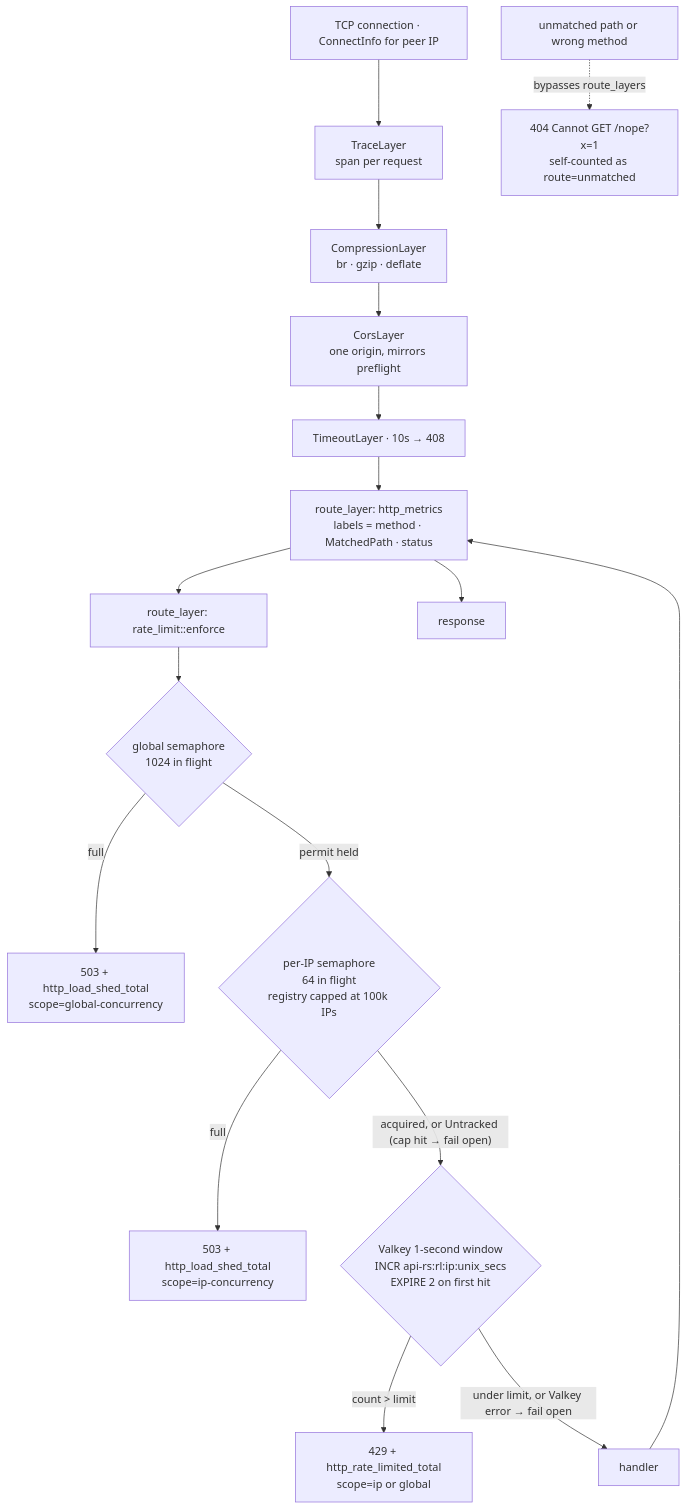
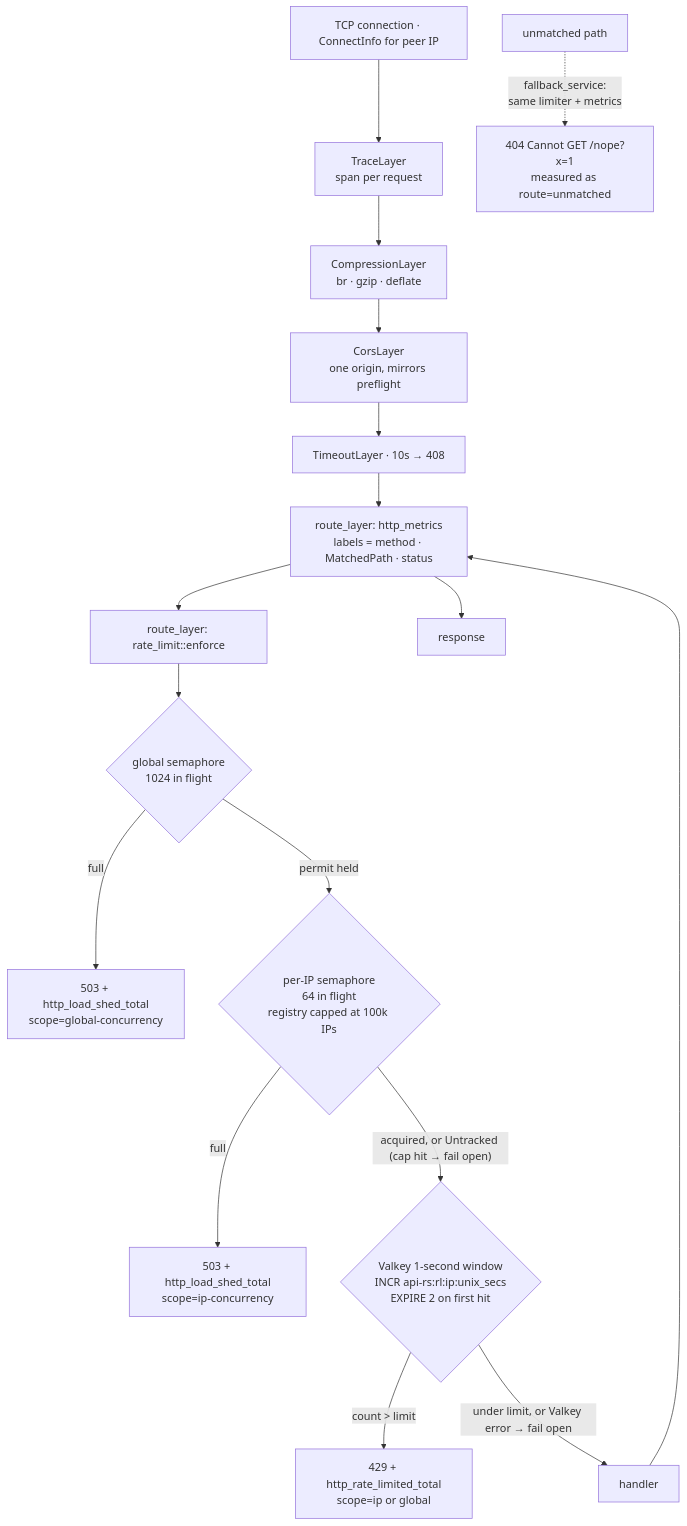
One commit to yamid-granda/react-native-and-web changed the fourth of 6 diagrams in api-rs/ARCHITECTURE.md. Above: the diagram before and after it, drawn with Mermaid. The commit also changed other lines of this file and 4 other files, not shown here.

Commit message:
refactor(api-rs): load-shed the 404 fallback like every other path

````diff
--- a/api-rs/ARCHITECTURE.md
+++ b/api-rs/ARCHITECTURE.md
@@ -258,19 +263,19 @@
 ```mermaid
 flowchart TD
     conn["TCP connection · ConnectInfo for peer IP"] --> tr["TraceLayer<br/>span per request"]
     tr --> comp["CompressionLayer<br/>br · gzip · deflate"]
     comp --> cors["CorsLayer<br/>one origin, mirrors preflight"]
     cors --> tmo["TimeoutLayer · 10s → 408"]
     tmo --> met["route_layer: http_metrics<br/>labels = method · MatchedPath · status"]
     met --> rl["route_layer: rate_limit::enforce"]
     rl --> g1{"global semaphore<br/>1024 in flight"}
     g1 -->|"full"| shed["503 + http_load_shed_total<br/>scope=global-concurrency"]
     g1 -->|"permit held"| ip{"per-IP semaphore<br/>64 in flight<br/>registry capped at 100k IPs"}
     ip -->|"full"| shed2["503 + http_load_shed_total<br/>scope=ip-concurrency"]
     ip -->|"acquired, or Untracked (cap hit → fail open)"| win{"Valkey 1-second window<br/>INCR api-rs:rl:ip:unix_secs<br/>EXPIRE 2 on first hit"}
     win -->|"count > limit"| lim["429 + http_rate_limited_total<br/>scope=ip or global"]
     win -->|"under limit, or Valkey error → fail open"| h["handler"]
     h --> met
     met --> resp["response"]
-    fb["unmatched path or wrong method"] -.->|"bypasses route_layers"| fb404["404 Cannot GET /nope?x=1<br/>self-counted as route=unmatched"]
+    fb["unmatched path"] -.->|"fallback_service:<br/>same limiter + metrics"| fb404["404 Cannot GET /nope?x=1<br/>measured as route=unmatched"]
 ```
````
